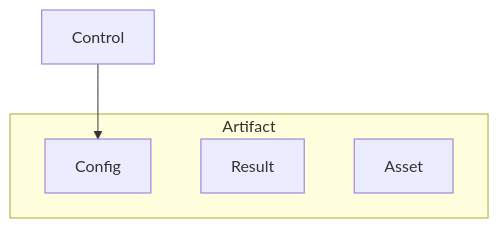
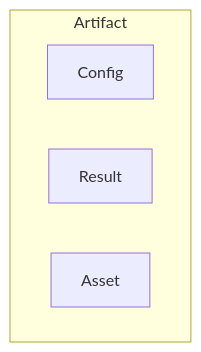
Before and after one commit to diaoenmao/RPipe: the fourth of 4 diagrams in docs/CONCEPT.md, drawn with Mermaid. The commit also changed other lines of this file and 5 other files, not shown here.

````diff
--- a/docs/CONCEPT.md
+++ b/docs/CONCEPT.md
@@ -418,9 +317,8 @@
 ```mermaid
 flowchart TB
-  Control --> Config
   subgraph Artifact_sub [Artifact]
     Config
     Result
     Asset
   end
 ```
````
